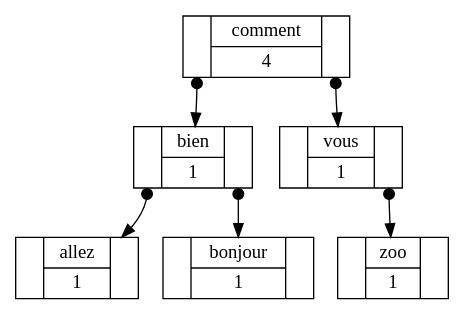
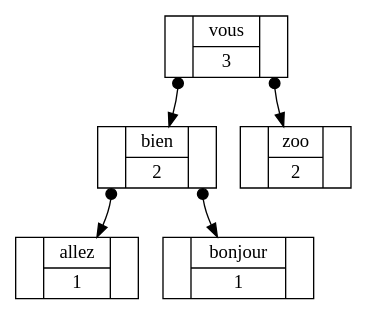
One commit to yacine20005/ABRnois changed the diagram in data/dot/extracted.dot. Above: the diagram before and after it, drawn with Graphviz. The commit also changed 9 other files, not shown here.

```diff
--- a/data/dot/extracted.dot
+++ b/data/dot/extracted.dot
@@ -1,16 +1,14 @@
 digraph arbre {
     node [shape=record, height=.1]
     edge [tailclip=false, arrowtail=dot, dir=both];
 
-    n0x55ccf0b50430 [label="<fg> | {comment | 4} | <fd>"];
-    n0x55ccf0b502f0 [label="<fg> | {bien | 1} | <fd>"];
-    n0x55ccf0b50390 [label="<fg> | {allez | 1} | <fd>"];
-    n0x55ccf0b503e0 [label="<fg> | {bonjour | 1} | <fd>"];
-    n0x55ccf0b502f0:fg -> n0x55ccf0b50390;
-    n0x55ccf0b502f0:fd -> n0x55ccf0b503e0;
-    n0x55ccf0b502a0 [label="<fg> | {vous | 1} | <fd>"];
-    n0x55ccf0b50340 [label="<fg> | {zoo | 1} | <fd>"];
-    n0x55ccf0b502a0:fd -> n0x55ccf0b50340;
-    n0x55ccf0b50430:fg -> n0x55ccf0b502f0;
-    n0x55ccf0b50430:fd -> n0x55ccf0b502a0;
+    n0x5634127b02a0 [label="<fg> | {vous | 3} | <fd>"];
+    n0x5634127b02f0 [label="<fg> | {bien | 2} | <fd>"];
+    n0x5634127b0390 [label="<fg> | {allez | 1} | <fd>"];
+    n0x5634127b03e0 [label="<fg> | {bonjour | 1} | <fd>"];
+    n0x5634127b02f0:fg -> n0x5634127b0390;
+    n0x5634127b02f0:fd -> n0x5634127b03e0;
+    n0x5634127b0340 [label="<fg> | {zoo | 2} | <fd>"];
+    n0x5634127b02a0:fg -> n0x5634127b02f0;
+    n0x5634127b02a0:fd -> n0x5634127b0340;
 }
```
